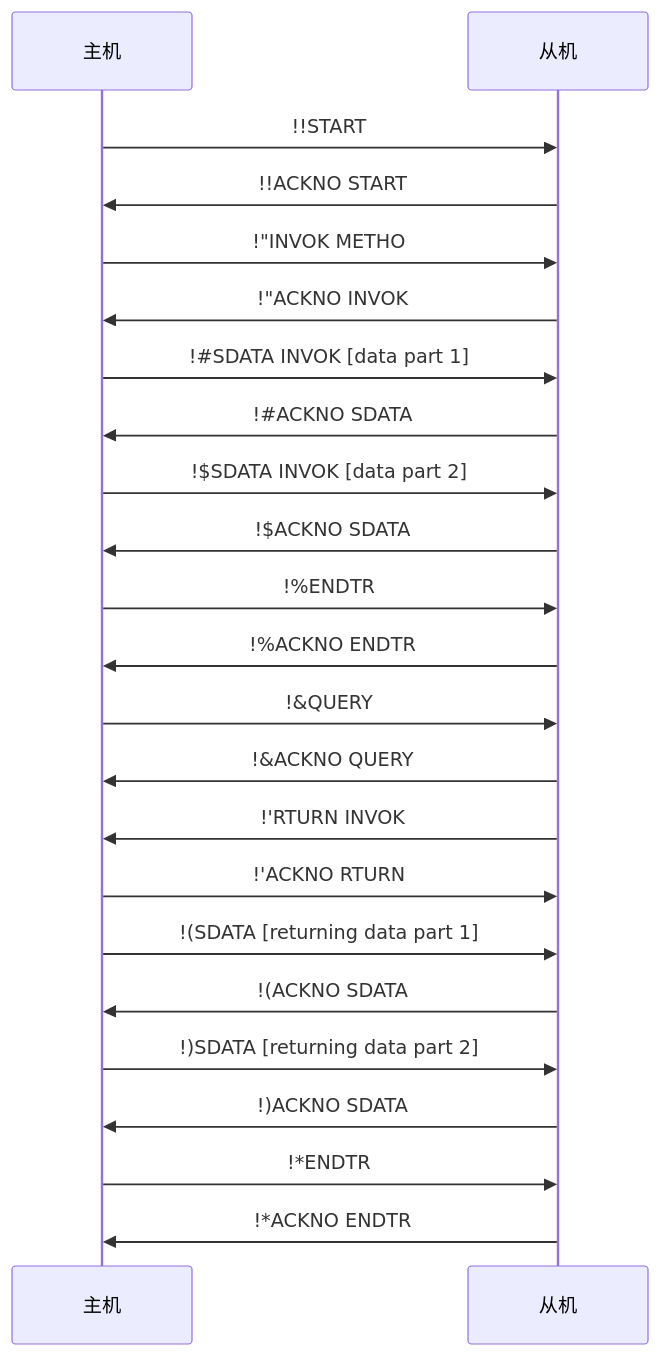
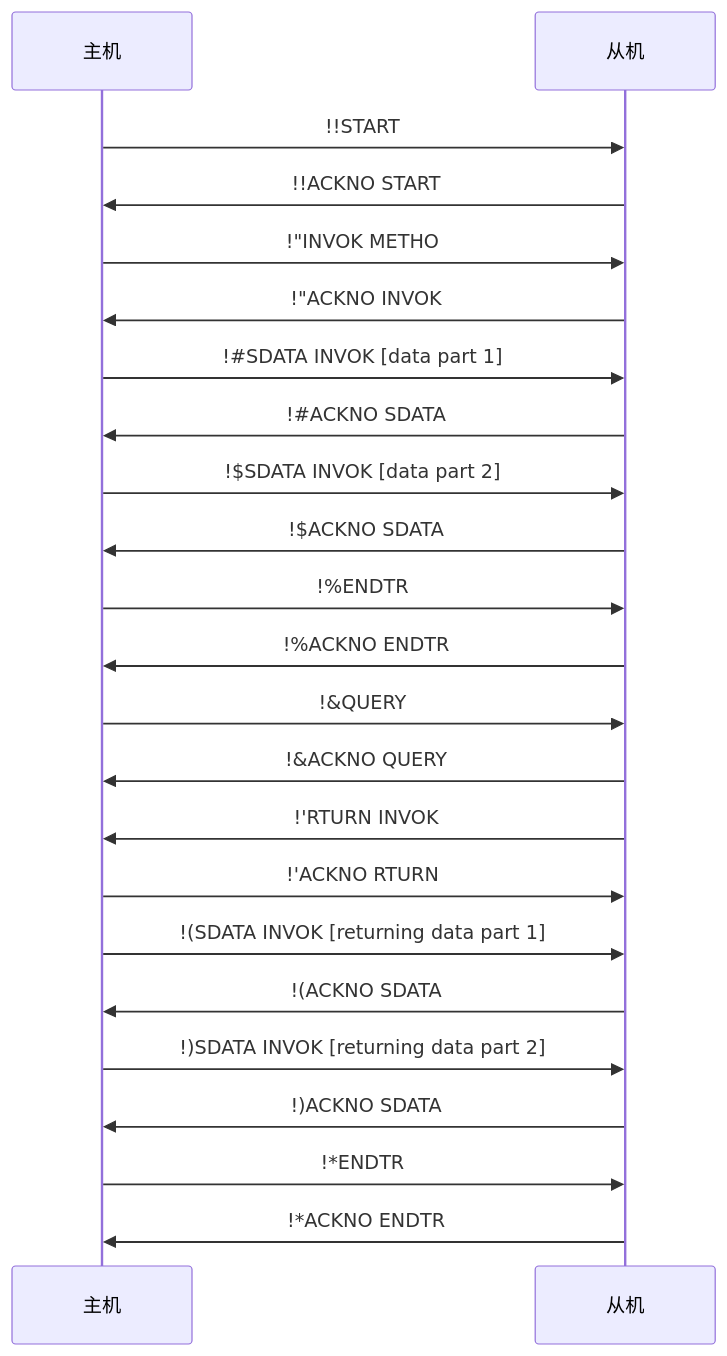
The third of 4 diagrams in Description_zh.md (lingrottin/PK-Command), drawn with Mermaid before and after one commit. The commit also changed other lines of this file and 4 other files, not shown here.

````diff
--- a/Description_zh.md
+++ b/Description_zh.md
@@ -173,25 +173,25 @@
 ```mermaid
 sequenceDiagram
     participant S as 主机
     participant R as 从机
     S->>R: !!START
     R->>S: !!ACKNO START
     S->>R: !"INVOK METHO
     R->>S: !"ACKNO INVOK
     S->>R: !#35;SDATA INVOK [data part 1]
     R->>S: !#35;ACKNO SDATA
     S->>R: !$SDATA INVOK [data part 2]
     R->>S: !$ACKNO SDATA
     S->>R: !%ENDTR
     R->>S: !%ACKNO ENDTR
     S->>R: !&QUERY
     R->>S: !&ACKNO QUERY
     R->>S: !'RTURN INVOK
     S->>R: !'ACKNO RTURN
-    S->>R: !#40;SDATA [returning data part 1]
+    S->>R: !#40;SDATA INVOK [returning data part 1]
     R->>S: !#40;ACKNO SDATA
-    S->>R: !#41;SDATA [returning data part 2]
+    S->>R: !#41;SDATA INVOK [returning data part 2]
     R->>S: !#41;ACKNO SDATA
     S->>R: !#42;ENDTR
     R->>S: !#42;ACKNO ENDTR
 ```
````
